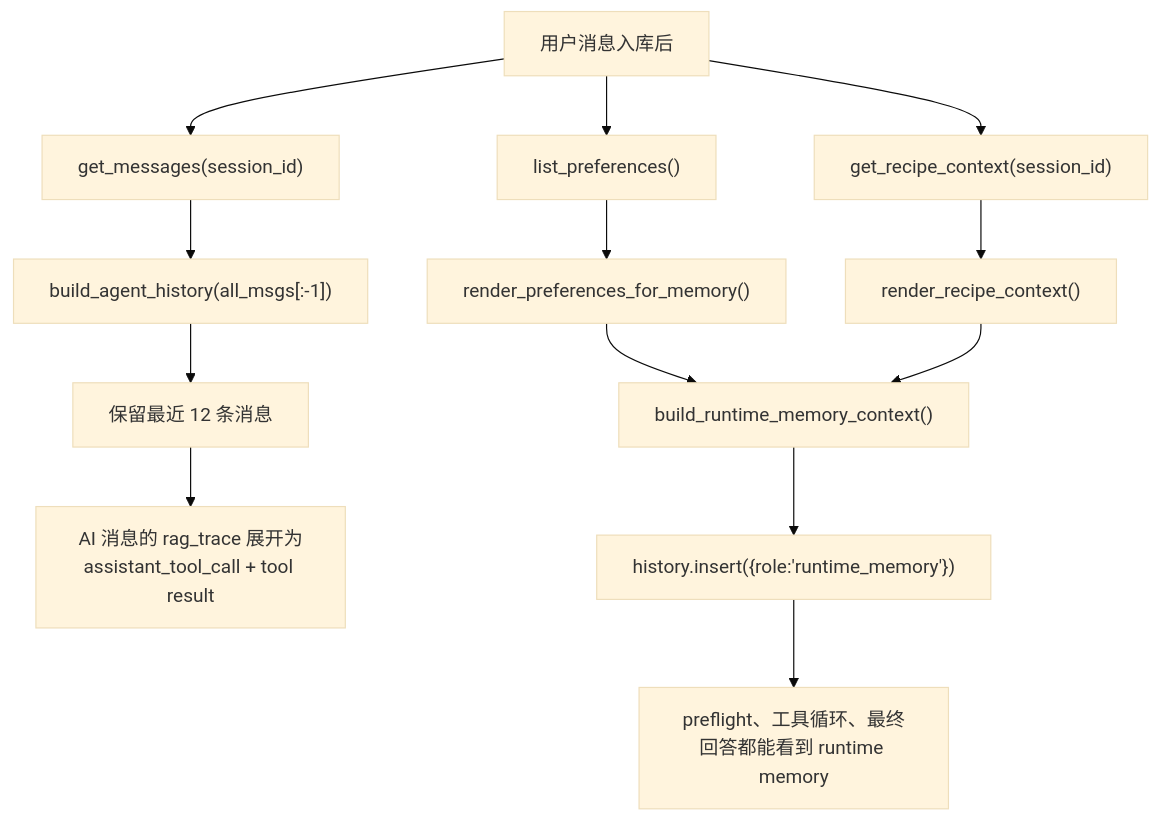
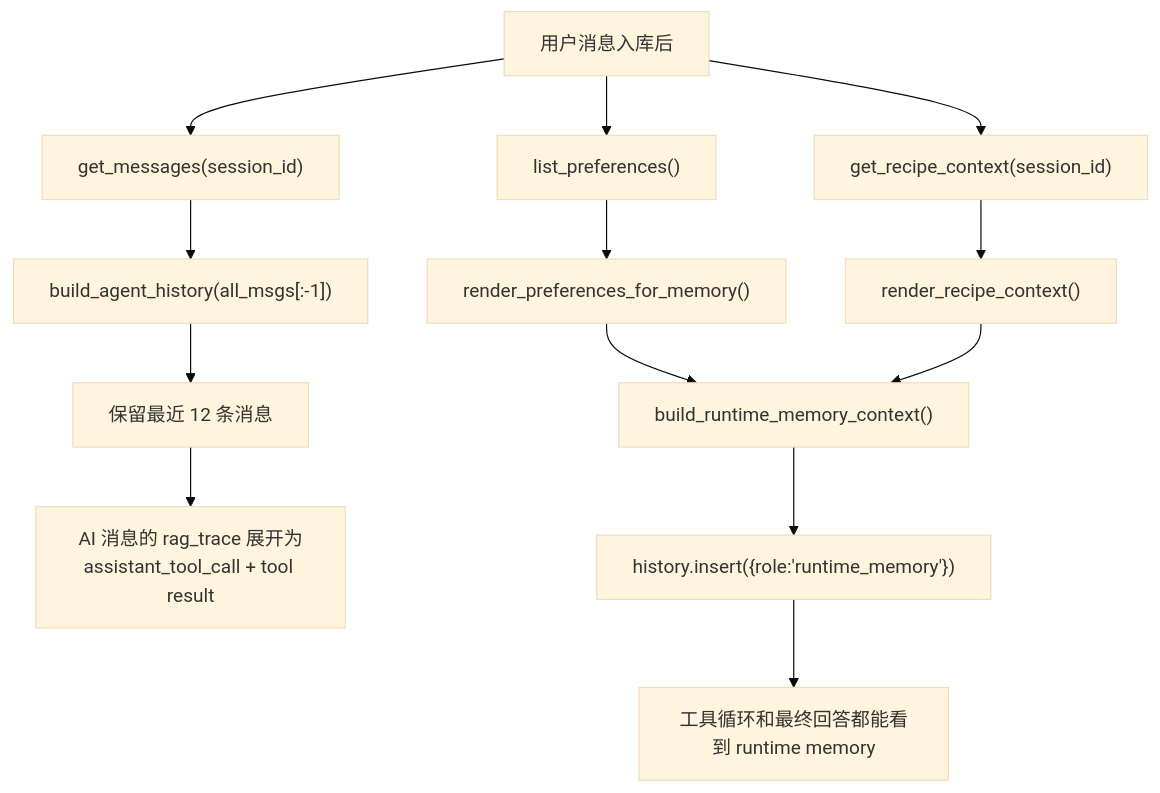
Before and after one commit to QDcvd/CookGraph: the fifth of 7 diagrams in doc/USER_MESSAGE_CALL_CHAIN.md, drawn with Mermaid (base theme). The commit also changed other lines of this file and 21 other files, not shown here.

````diff
--- a/doc/USER_MESSAGE_CALL_CHAIN.md
+++ b/doc/USER_MESSAGE_CALL_CHAIN.md
@@ -196,16 +243,16 @@
 ```mermaid
 flowchart TD
     A["用户消息入库后"] --> B["get_messages(session_id)"]
     B --> C["build_agent_history(all_msgs[:-1])"]
     C --> D["保留最近 12 条消息"]
     D --> E["AI 消息的 rag_trace 展开为<br/>assistant_tool_call + tool result"]
 
     A --> F["list_preferences()"]
     A --> G["get_recipe_context(session_id)"]
     F --> H["render_preferences_for_memory()"]
     G --> I["render_recipe_context()"]
     H --> J["build_runtime_memory_context()"]
     I --> J
     J --> K["history.insert({role:'runtime_memory'})"]
-    K --> L["preflight、工具循环、最终回答都能看到 runtime memory"]
+    K --> L["工具循环和最终回答都能看到 runtime memory"]
 ```
````
